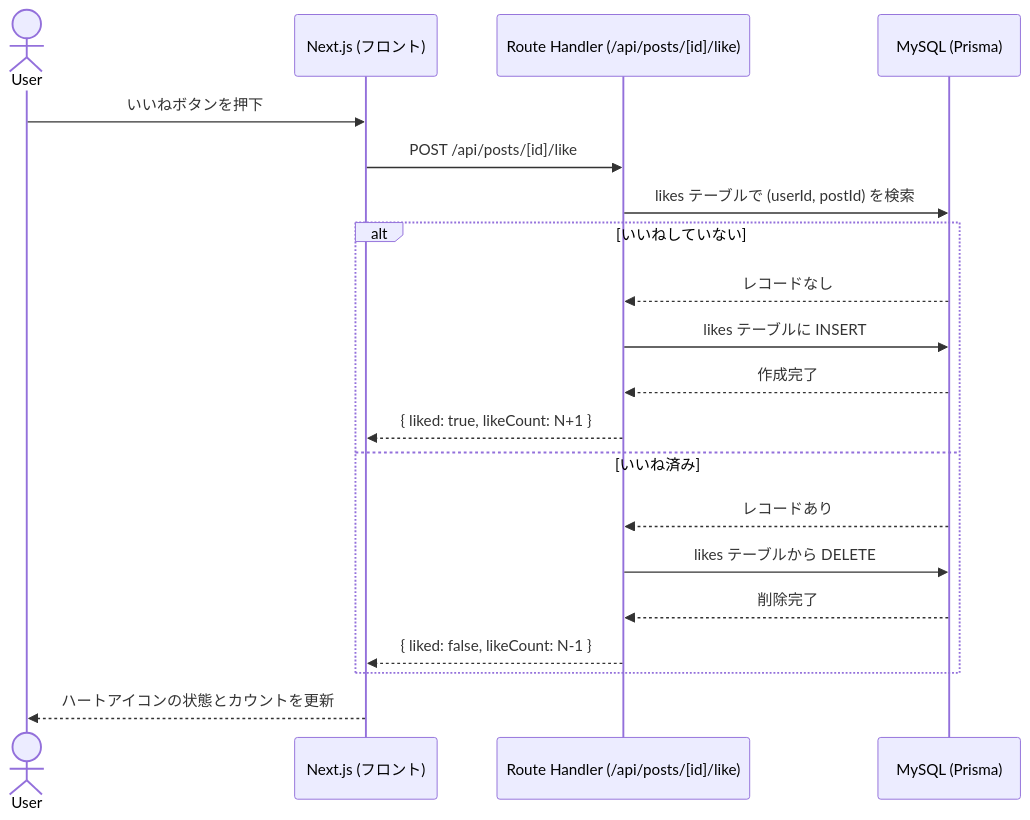
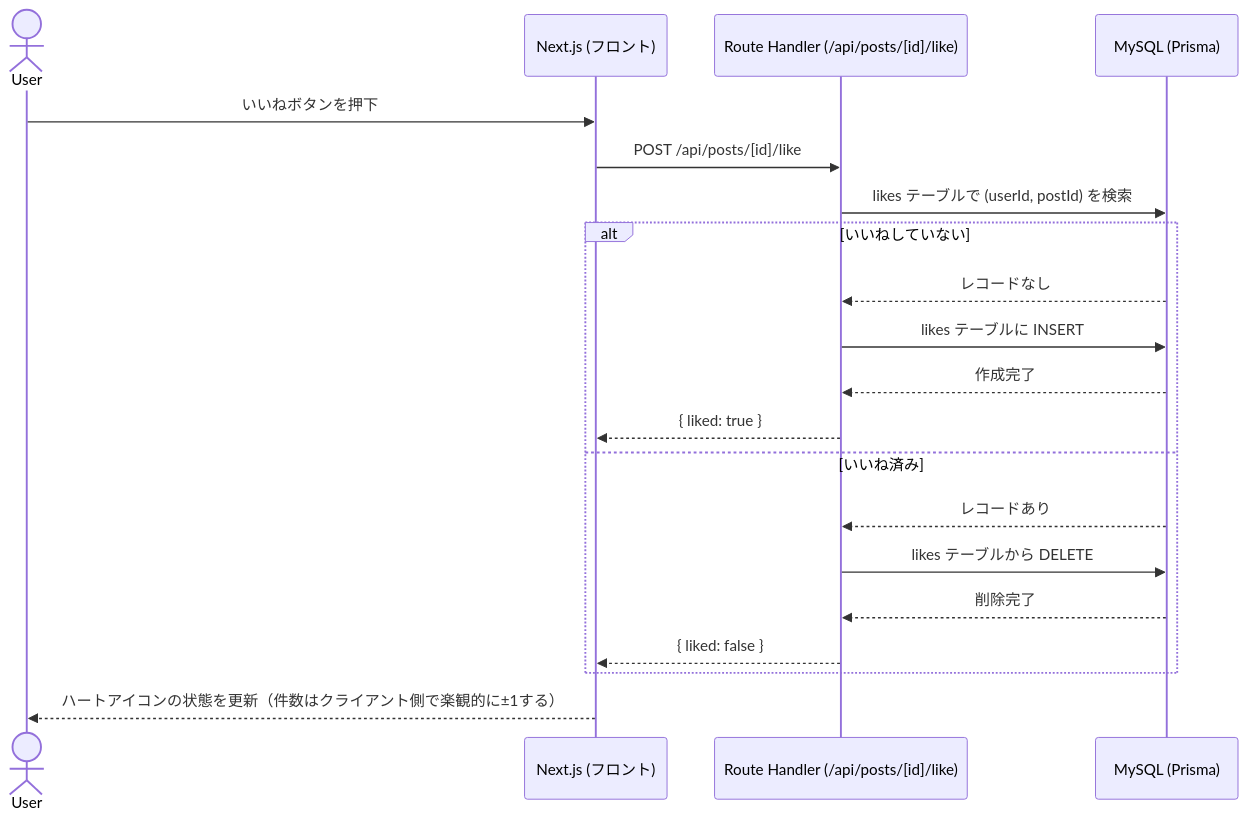
The sixth of 10 diagrams in docs/シーケンス図.md (saki-nakata/TripDiary), drawn with Mermaid before and after one commit. The commit also changed other lines of this file and 97 other files, not shown here.

First line of the commit message:
feat: Phase 3 — ユーザー機能・検索・地図ピッカーを実装しUI/ドキュメントを整合

````diff
--- a/docs/シーケンス図.md
+++ b/docs/シーケンス図.md
@@ -178,23 +178,23 @@
 ```mermaid
 sequenceDiagram
     actor User
     participant FE as Next.js (フロント)
     participant API as Route Handler (/api/posts/[id]/like)
     participant DB as MySQL (Prisma)
 
     User->>FE: いいねボタンを押下
     FE->>API: POST /api/posts/[id]/like
     API->>DB: likes テーブルで (userId, postId) を検索
     alt いいねしていない
         DB-->>API: レコードなし
         API->>DB: likes テーブルに INSERT
         DB-->>API: 作成完了
-        API-->>FE: { liked: true, likeCount: N+1 }
+        API-->>FE: { liked: true }
     else いいね済み
         DB-->>API: レコードあり
         API->>DB: likes テーブルから DELETE
         DB-->>API: 削除完了
-        API-->>FE: { liked: false, likeCount: N-1 }
+        API-->>FE: { liked: false }
     end
-    FE-->>User: ハートアイコンの状態とカウントを更新
+    FE-->>User: ハートアイコンの状態を更新（件数はクライアント側で楽観的に±1する）
 ```
````
